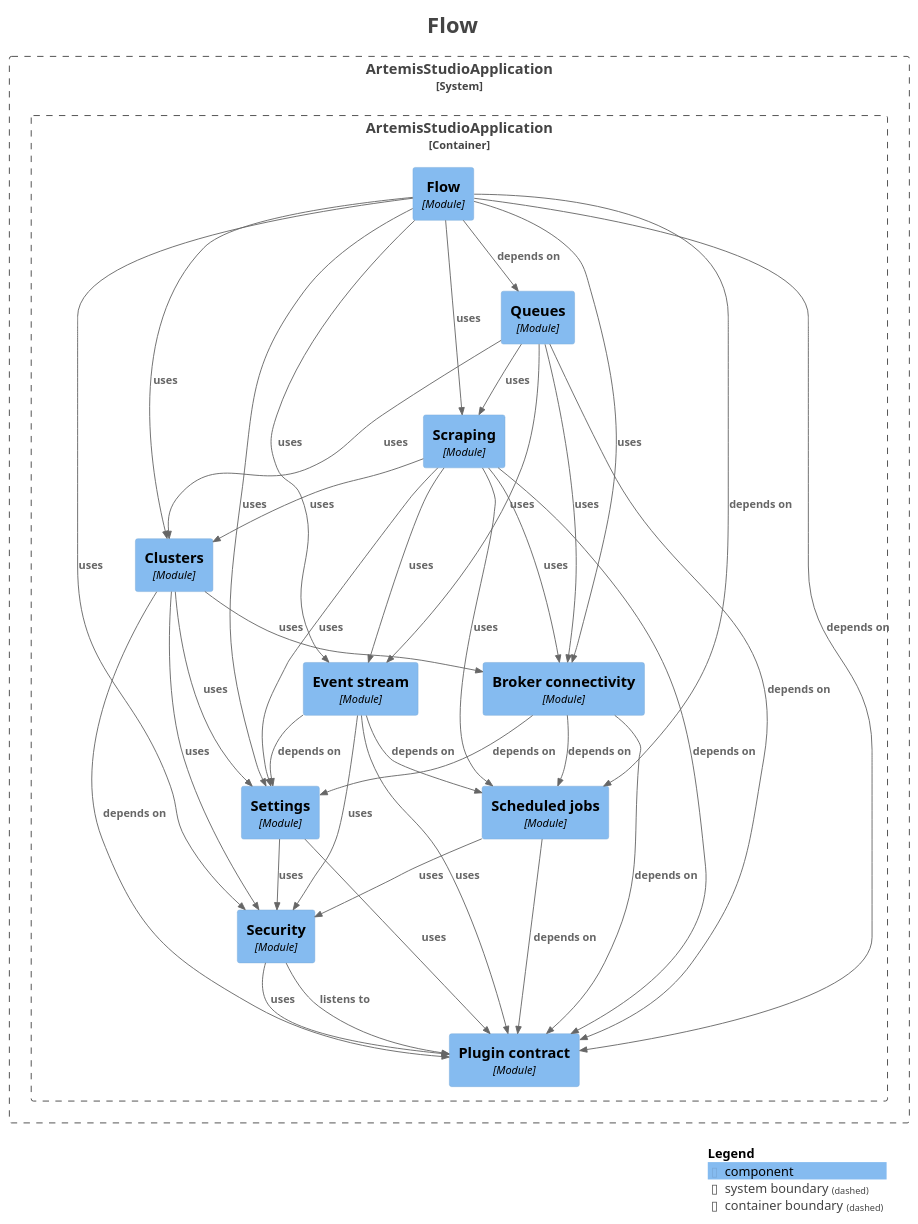
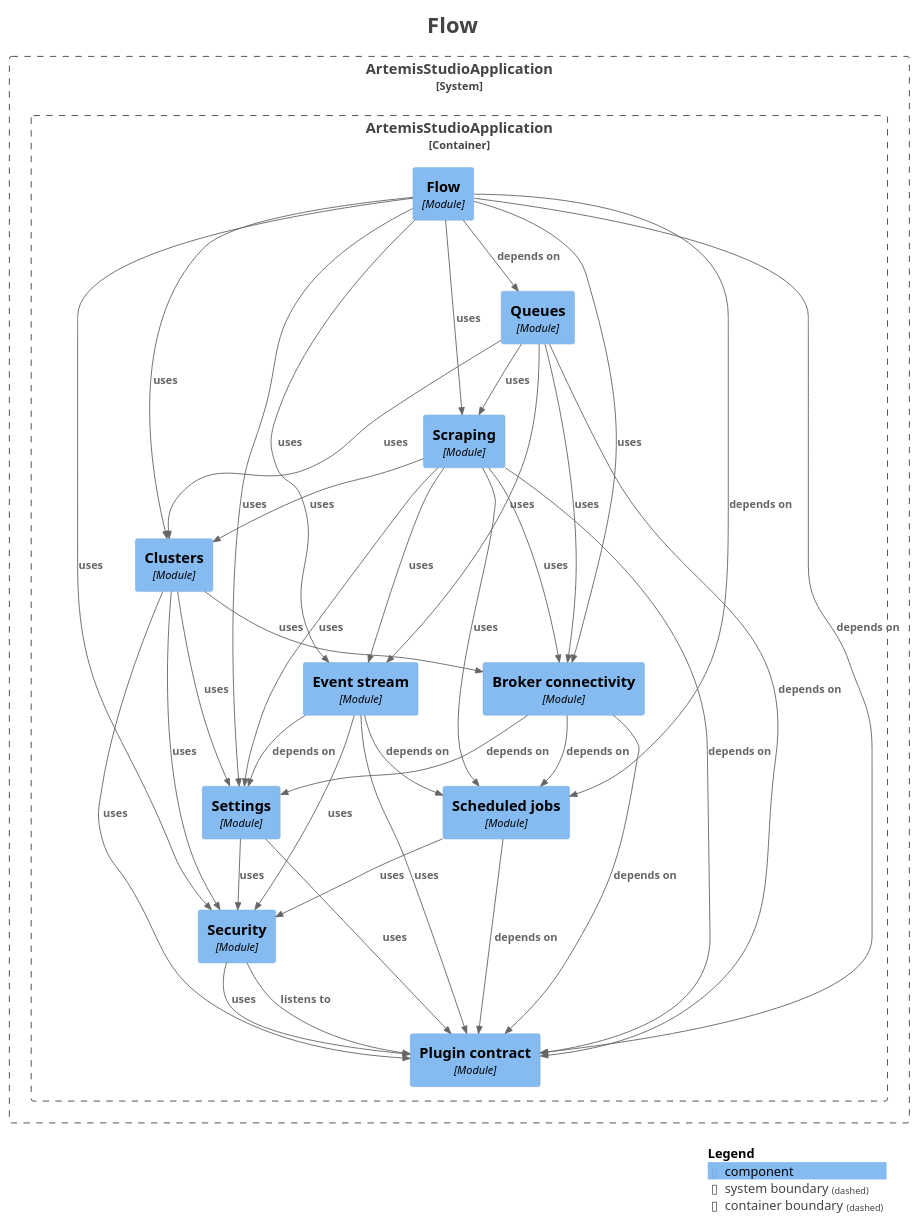
The diagram in docs/modules/module-feature.flow.puml (sudoitir/artemis-studio), drawn with PlantUML before and after one commit. The commit also changed 23 other files, not shown here.

```diff
--- a/docs/modules/module-feature.flow.puml
+++ b/docs/modules/module-feature.flow.puml
@@ -1,74 +1,74 @@
 @startuml
 title <size:24>Flow</size>
 
 set separator none
 top to bottom direction
 
 <style>
   root {
     BackgroundColor: #ffffff
     FontColor: #444444
   }
 </style>
 
 !include <C4/C4>
 !include <C4/C4_Context>
 !include <C4/C4_Component>
 
 System_Boundary("ArtemisStudioApplication_boundary", "ArtemisStudioApplication", $tags="") {
   Container_Boundary("ArtemisStudioApplication.ArtemisStudioApplication_boundary", "ArtemisStudioApplication", $tags="") {
     Component(ArtemisStudioApplication.ArtemisStudioApplication.Settings, "Settings", $techn="Module", $descr="", $tags="", $link="")
     Component(ArtemisStudioApplication.ArtemisStudioApplication.Eventstream, "Event stream", $techn="Module", $descr="", $tags="", $link="")
     Component(ArtemisStudioApplication.ArtemisStudioApplication.Brokerconnectivity, "Broker connectivity", $techn="Module", $descr="", $tags="", $link="")
     Component(ArtemisStudioApplication.ArtemisStudioApplication.Clusters, "Clusters", $techn="Module", $descr="", $tags="", $link="")
     Component(ArtemisStudioApplication.ArtemisStudioApplication.Scraping, "Scraping", $techn="Module", $descr="", $tags="", $link="")
     Component(ArtemisStudioApplication.ArtemisStudioApplication.Queues, "Queues", $techn="Module", $descr="", $tags="", $link="")
     Component(ArtemisStudioApplication.ArtemisStudioApplication.Flow, "Flow", $techn="Module", $descr="", $tags="", $link="")
     Component(ArtemisStudioApplication.ArtemisStudioApplication.Plugincontract, "Plugin contract", $techn="Module", $descr="", $tags="", $link="")
     Component(ArtemisStudioApplication.ArtemisStudioApplication.Security, "Security", $techn="Module", $descr="", $tags="", $link="")
     Component(ArtemisStudioApplication.ArtemisStudioApplication.Scheduledjobs, "Scheduled jobs", $techn="Module", $descr="", $tags="", $link="")
   }
 
 }
 
 Rel(ArtemisStudioApplication.ArtemisStudioApplication.Brokerconnectivity, ArtemisStudioApplication.ArtemisStudioApplication.Plugincontract, "depends on", $techn="", $tags="", $link="")
 Rel(ArtemisStudioApplication.ArtemisStudioApplication.Brokerconnectivity, ArtemisStudioApplication.ArtemisStudioApplication.Scheduledjobs, "depends on", $techn="", $tags="", $link="")
 Rel(ArtemisStudioApplication.ArtemisStudioApplication.Brokerconnectivity, ArtemisStudioApplication.ArtemisStudioApplication.Settings, "depends on", $techn="", $tags="", $link="")
 Rel(ArtemisStudioApplication.ArtemisStudioApplication.Clusters, ArtemisStudioApplication.ArtemisStudioApplication.Brokerconnectivity, "uses", $techn="", $tags="", $link="")
-Rel(ArtemisStudioApplication.ArtemisStudioApplication.Clusters, ArtemisStudioApplication.ArtemisStudioApplication.Plugincontract, "depends on", $techn="", $tags="", $link="")
+Rel(ArtemisStudioApplication.ArtemisStudioApplication.Clusters, ArtemisStudioApplication.ArtemisStudioApplication.Plugincontract, "uses", $techn="", $tags="", $link="")
 Rel(ArtemisStudioApplication.ArtemisStudioApplication.Clusters, ArtemisStudioApplication.ArtemisStudioApplication.Security, "uses", $techn="", $tags="", $link="")
 Rel(ArtemisStudioApplication.ArtemisStudioApplication.Clusters, ArtemisStudioApplication.ArtemisStudioApplication.Settings, "uses", $techn="", $tags="", $link="")
 Rel(ArtemisStudioApplication.ArtemisStudioApplication.Eventstream, ArtemisStudioApplication.ArtemisStudioApplication.Plugincontract, "uses", $techn="", $tags="", $link="")
 Rel(ArtemisStudioApplication.ArtemisStudioApplication.Eventstream, ArtemisStudioApplication.ArtemisStudioApplication.Scheduledjobs, "depends on", $techn="", $tags="", $link="")
 Rel(ArtemisStudioApplication.ArtemisStudioApplication.Eventstream, ArtemisStudioApplication.ArtemisStudioApplication.Security, "uses", $techn="", $tags="", $link="")
 Rel(ArtemisStudioApplication.ArtemisStudioApplication.Eventstream, ArtemisStudioApplication.ArtemisStudioApplication.Settings, "depends on", $techn="", $tags="", $link="")
 Rel(ArtemisStudioApplication.ArtemisStudioApplication.Flow, ArtemisStudioApplication.ArtemisStudioApplication.Brokerconnectivity, "uses", $techn="", $tags="", $link="")
 Rel(ArtemisStudioApplication.ArtemisStudioApplication.Flow, ArtemisStudioApplication.ArtemisStudioApplication.Clusters, "uses", $techn="", $tags="", $link="")
 Rel(ArtemisStudioApplication.ArtemisStudioApplication.Flow, ArtemisStudioApplication.ArtemisStudioApplication.Eventstream, "uses", $techn="", $tags="", $link="")
 Rel(ArtemisStudioApplication.ArtemisStudioApplication.Flow, ArtemisStudioApplication.ArtemisStudioApplication.Plugincontract, "depends on", $techn="", $tags="", $link="")
 Rel(ArtemisStudioApplication.ArtemisStudioApplication.Flow, ArtemisStudioApplication.ArtemisStudioApplication.Queues, "depends on", $techn="", $tags="", $link="")
 Rel(ArtemisStudioApplication.ArtemisStudioApplication.Flow, ArtemisStudioApplication.ArtemisStudioApplication.Scheduledjobs, "depends on", $techn="", $tags="", $link="")
 Rel(ArtemisStudioApplication.ArtemisStudioApplication.Flow, ArtemisStudioApplication.ArtemisStudioApplication.Scraping, "uses", $techn="", $tags="", $link="")
 Rel(ArtemisStudioApplication.ArtemisStudioApplication.Flow, ArtemisStudioApplication.ArtemisStudioApplication.Security, "uses", $techn="", $tags="", $link="")
 Rel(ArtemisStudioApplication.ArtemisStudioApplication.Flow, ArtemisStudioApplication.ArtemisStudioApplication.Settings, "uses", $techn="", $tags="", $link="")
 Rel(ArtemisStudioApplication.ArtemisStudioApplication.Queues, ArtemisStudioApplication.ArtemisStudioApplication.Brokerconnectivity, "uses", $techn="", $tags="", $link="")
 Rel(ArtemisStudioApplication.ArtemisStudioApplication.Queues, ArtemisStudioApplication.ArtemisStudioApplication.Clusters, "uses", $techn="", $tags="", $link="")
 Rel(ArtemisStudioApplication.ArtemisStudioApplication.Queues, ArtemisStudioApplication.ArtemisStudioApplication.Eventstream, "uses", $techn="", $tags="", $link="")
 Rel(ArtemisStudioApplication.ArtemisStudioApplication.Queues, ArtemisStudioApplication.ArtemisStudioApplication.Plugincontract, "depends on", $techn="", $tags="", $link="")
 Rel(ArtemisStudioApplication.ArtemisStudioApplication.Queues, ArtemisStudioApplication.ArtemisStudioApplication.Scraping, "uses", $techn="", $tags="", $link="")
 Rel(ArtemisStudioApplication.ArtemisStudioApplication.Scheduledjobs, ArtemisStudioApplication.ArtemisStudioApplication.Plugincontract, "depends on", $techn="", $tags="", $link="")
 Rel(ArtemisStudioApplication.ArtemisStudioApplication.Scheduledjobs, ArtemisStudioApplication.ArtemisStudioApplication.Security, "uses", $techn="", $tags="", $link="")
 Rel(ArtemisStudioApplication.ArtemisStudioApplication.Scraping, ArtemisStudioApplication.ArtemisStudioApplication.Brokerconnectivity, "uses", $techn="", $tags="", $link="")
 Rel(ArtemisStudioApplication.ArtemisStudioApplication.Scraping, ArtemisStudioApplication.ArtemisStudioApplication.Clusters, "uses", $techn="", $tags="", $link="")
 Rel(ArtemisStudioApplication.ArtemisStudioApplication.Scraping, ArtemisStudioApplication.ArtemisStudioApplication.Eventstream, "uses", $techn="", $tags="", $link="")
 Rel(ArtemisStudioApplication.ArtemisStudioApplication.Scraping, ArtemisStudioApplication.ArtemisStudioApplication.Plugincontract, "depends on", $techn="", $tags="", $link="")
 Rel(ArtemisStudioApplication.ArtemisStudioApplication.Scraping, ArtemisStudioApplication.ArtemisStudioApplication.Scheduledjobs, "uses", $techn="", $tags="", $link="")
 Rel(ArtemisStudioApplication.ArtemisStudioApplication.Scraping, ArtemisStudioApplication.ArtemisStudioApplication.Settings, "uses", $techn="", $tags="", $link="")
 Rel(ArtemisStudioApplication.ArtemisStudioApplication.Security, ArtemisStudioApplication.ArtemisStudioApplication.Plugincontract, "listens to", $techn="", $tags="", $link="")
 Rel(ArtemisStudioApplication.ArtemisStudioApplication.Security, ArtemisStudioApplication.ArtemisStudioApplication.Plugincontract, "uses", $techn="", $tags="", $link="")
 Rel(ArtemisStudioApplication.ArtemisStudioApplication.Settings, ArtemisStudioApplication.ArtemisStudioApplication.Plugincontract, "uses", $techn="", $tags="", $link="")
 Rel(ArtemisStudioApplication.ArtemisStudioApplication.Settings, ArtemisStudioApplication.ArtemisStudioApplication.Security, "uses", $techn="", $tags="", $link="")
 
 SHOW_LEGEND(true)
 hide stereotypes
 @enduml
```
